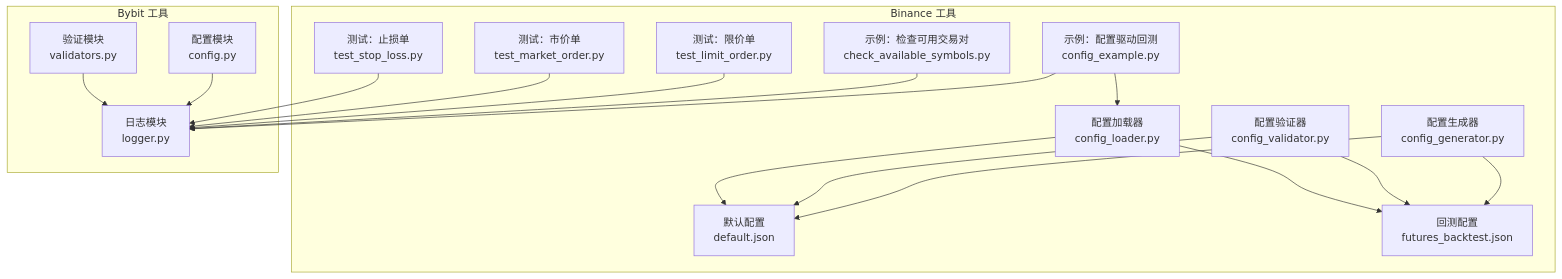
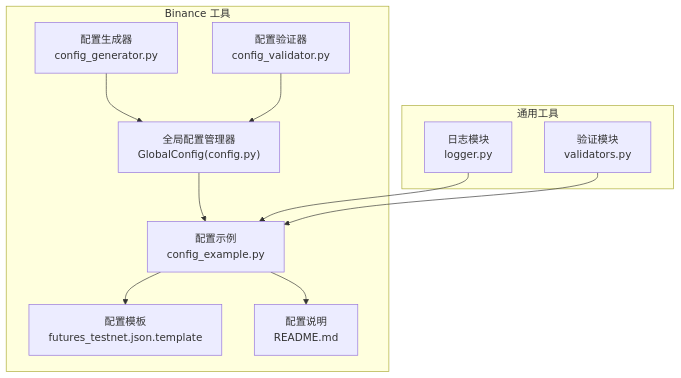
One commit to bench-prog/backtrader changed the first of 9 diagrams in .qoder/repowiki/zh/content/实盘交易模块/Binance交易所集成/工具函数库.md. Above: the diagram before and after it, drawn with Mermaid. The commit also changed other lines of this file and 4 other files, not shown here.

````diff
--- a/.qoder/repowiki/zh/content/实盘交易模块/Binance交易所集成/工具函数库.md
+++ b/.qoder/repowiki/zh/content/实盘交易模块/Binance交易所集成/工具函数库.md
@@ -52,34 +57,22 @@
 ```mermaid
 graph TB
 subgraph "Binance 工具"
 CG["配置生成器<br/>config_generator.py"]
 CV["配置验证器<br/>config_validator.py"]
-CL["配置加载器<br/>config_loader.py"]
-EX1["示例：配置驱动回测<br/>config_example.py"]
-EX2["示例：检查可用交易对<br/>check_available_symbols.py"]
-T1["测试：限价单<br/>test_limit_order.py"]
-T2["测试：市价单<br/>test_market_order.py"]
-T3["测试：止损单<br/>test_stop_loss.py"]
-D1["默认配置<br/>default.json"]
-D2["回测配置<br/>futures_backtest.json"]
+GC["全局配置管理器<br/>GlobalConfig(config.py)"]
+EX["配置示例<br/>config_example.py"]
+CT["配置模板<br/>futures_testnet.json.template"]
+CS["配置说明<br/>README.md"]
 end
-subgraph "Bybit 工具"
+subgraph "通用工具"
 L["日志模块<br/>logger.py"]
-C["配置模块<br/>config.py"]
 V["验证模块<br/>validators.py"]
 end
-CG --> D1
-CG --> D2
-CV --> D1
-CV --> D2
-CL --> D1
-CL --> D2
-EX1 --> CL
-EX1 --> L
-EX2 --> L
-T1 --> L
-T2 --> L
-T3 --> L
-C --> L
-V --> L
+CG --> GC
+CV --> GC
+GC --> EX
+EX --> CT
+EX --> CS
+L --> EX
+V --> EX
 ```
````
